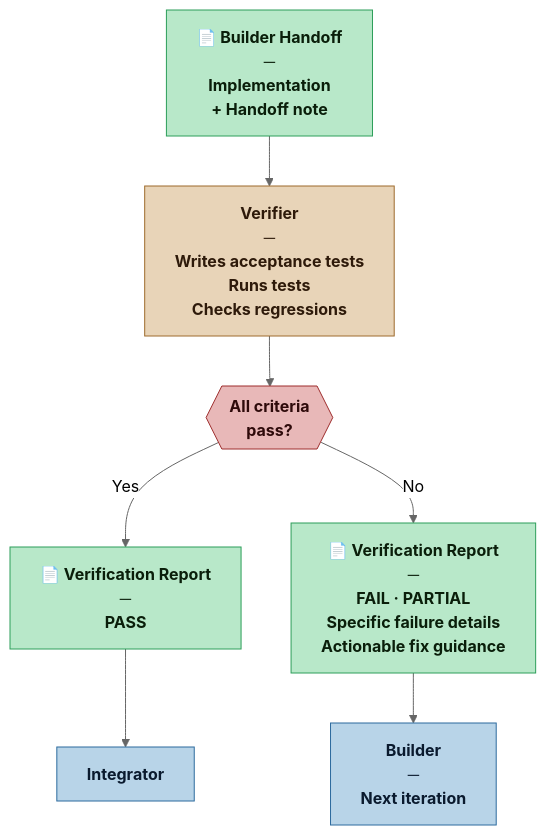
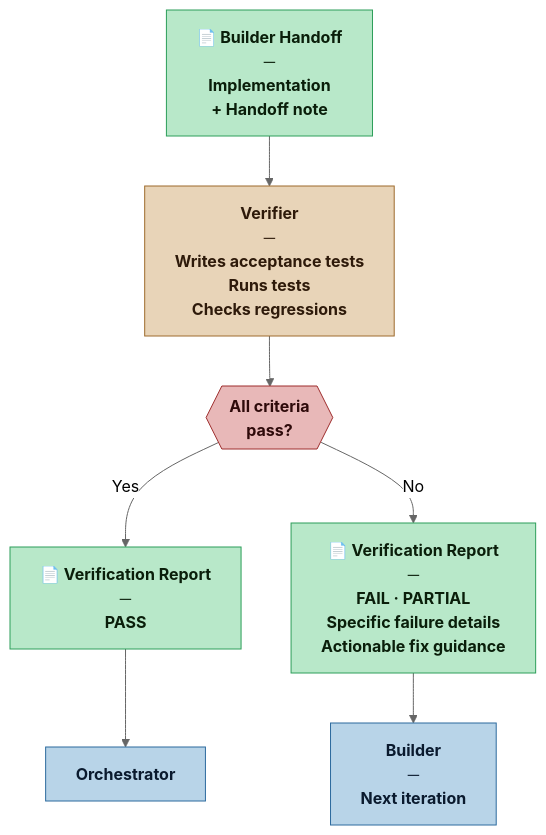
Before and after one commit to loskylp/Nexus-SDLC: the diagram in agents/verifier.md, drawn with Mermaid (neutral theme). The commit also changed 8 other files, not shown here.

````diff
--- a/agents/verifier.md
+++ b/agents/verifier.md
@@ -24,22 +24,22 @@
 ```mermaid
 flowchart TD
     classDef self     fill:#e8d4b8,stroke:#9e6b2d,color:#2e1a0a,font-weight:bold
     classDef artifact fill:#b8e8c9,stroke:#2d9e5a,color:#0a1e0a,font-weight:bold
     classDef agent    fill:#b8d4e8,stroke:#2d6b9e,color:#0a1a2e,font-weight:bold
     classDef decision fill:#e8b8b8,stroke:#9e2d2d,color:#2e0a0a,font-weight:bold
 
     HN["📄 Builder Handoff<br/>─<br/>Implementation<br/>+ Handoff note"]:::artifact
     VE["Verifier<br/>─<br/>Writes acceptance tests<br/>Runs tests<br/>Checks regressions"]:::self
     DEC{{"All criteria<br/>pass?"}}:::decision
     VR_P["📄 Verification Report<br/>─<br/>PASS"]:::artifact
     VR_F["📄 Verification Report<br/>─<br/>FAIL · PARTIAL<br/>Specific failure details<br/>Actionable fix guidance"]:::artifact
-    IN["Integrator"]:::agent
+    OR["Orchestrator"]:::agent
     BU["Builder<br/>─<br/>Next iteration"]:::agent
 
     HN  --> VE
     VE  --> DEC
     DEC -->|"Yes"| VR_P
     DEC -->|"No"| VR_F
-    VR_P --> IN
+    VR_P --> OR
     VR_F --> BU
 ```
````
